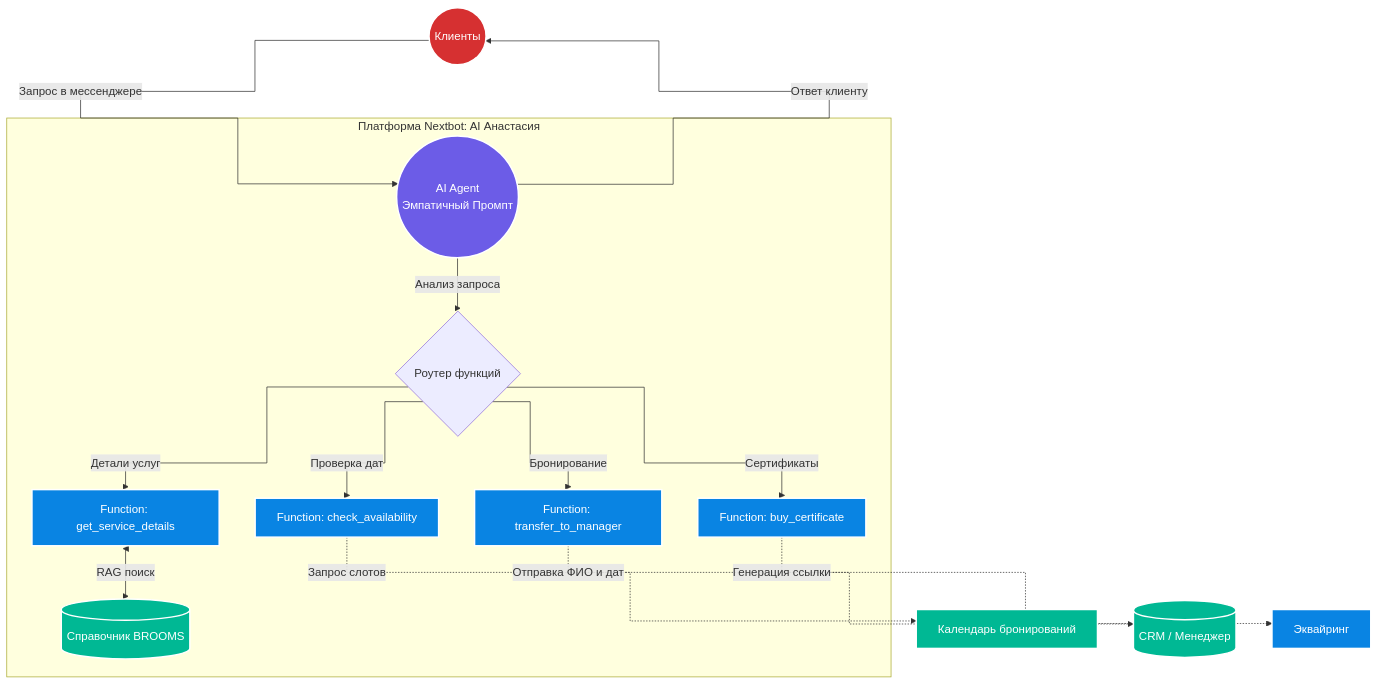
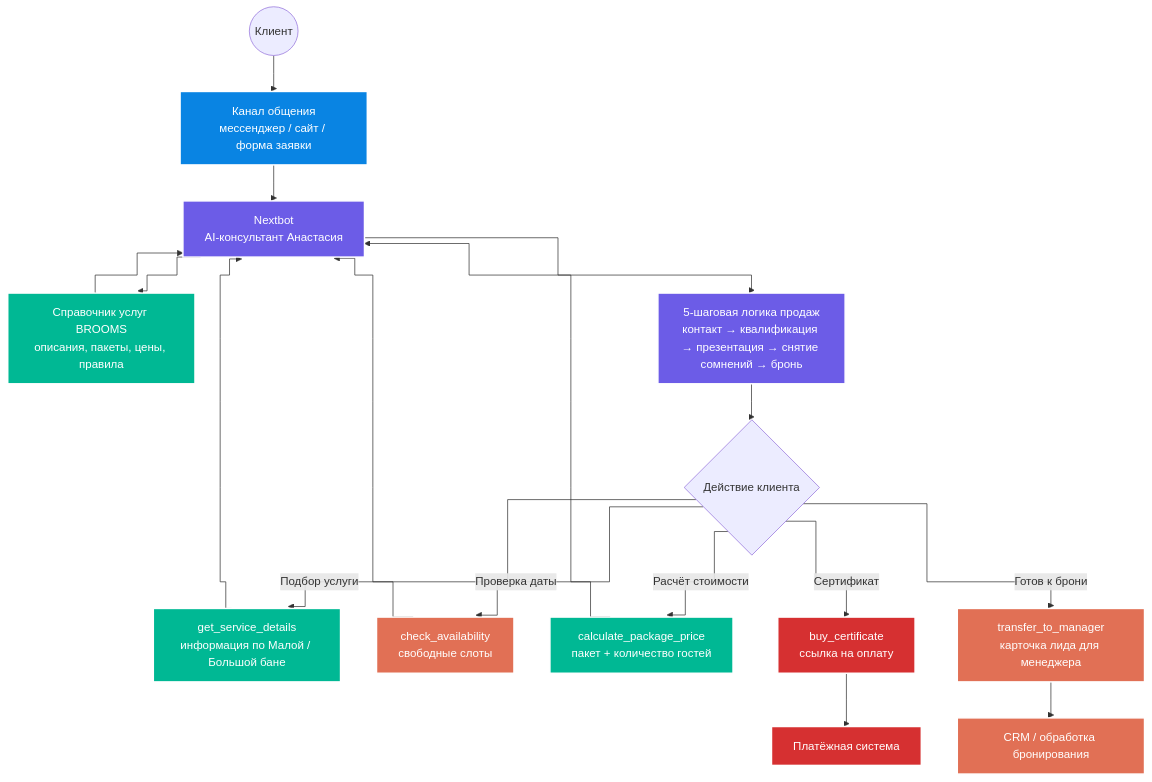
One commit to ravilpcs-spec/brooms-ai-agent changed the diagram in README.md. Above: the diagram before and after it, drawn with Mermaid. The commit also changed other lines of this file, not shown here.

````diff
--- a/README.md
+++ b/README.md
@@ -13,32 +64,32 @@
 ```mermaid
 %%{init: {"flowchart": {"curve": "step"}}}%%
 flowchart TD
-    %% Настройки стиля
+    classDef channel fill:#0984E3,stroke:#fff,stroke-width:2px,color:#fff;
     classDef ai fill:#6C5CE7,stroke:#fff,stroke-width:2px,color:#fff;
-    classDef database fill:#00B894,stroke:#fff,stroke-width:2px,color:#fff;
-    classDef api fill:#0984E3,stroke:#fff,stroke-width:2px,color:#fff;
-    classDef client fill:#D63031,stroke:#fff,stroke-width:2px,color:#fff;
+    classDef data fill:#00B894,stroke:#fff,stroke-width:2px,color:#fff;
+    classDef crm fill:#E17055,stroke:#fff,stroke-width:2px,color:#fff;
+    classDef payment fill:#D63031,stroke:#fff,stroke-width:2px,color:#fff;
 
-    USER(("Клиенты")):::client -->|"Запрос в мессенджере"| AGENT
-    
-    subgraph "Платформа Nextbot: AI Анастасия"
-        AGENT(("AI Agent<br>Эмпатичный Промпт")):::ai
-        
-        %% Блок Function Calling
-        AGENT -->|"Анализ запроса"| SWITCH{"Роутер функций"}
-        
-        SWITCH -->|"Детали услуг"| TOOL_DETAILS["Function: get_service_details"]:::api
-        SWITCH -->|"Проверка дат"| TOOL_CALENDAR["Function: check_availability"]:::api
-        SWITCH -->|"Сертификаты"| TOOL_CERT["Function: buy_certificate"]:::api
-        SWITCH -->|"Бронирование"| TOOL_LEAD["Function: transfer_to_manager"]:::api
-        
-        TOOL_DETAILS <-->|"RAG поиск"| KB[("Справочник BROOMS")]:::database
-    end
-    
-    %% Внешние системы
-    TOOL_CALENDAR -.->|"Запрос слотов"| CALENDAR["Календарь бронирований"]:::database
-    TOOL_LEAD -.->|"Отправка ФИО и дат"| CRM[("CRM / Менеджер")]:::database
-    TOOL_CERT -.->|"Генерация ссылки"| ACQUIRING["Эквайринг"]:::api
-    
-    AGENT -->|"Ответ клиенту"| USER
+    CLIENT(("Клиент")) --> CHANNEL["Канал общения<br>мессенджер / сайт / форма заявки"]:::channel
+
+    CHANNEL --> NEXTBOT["Nextbot<br>AI-консультант Анастасия"]:::ai
+
+    NEXTBOT --> RAG["Справочник услуг BROOMS<br>описания, пакеты, цены, правила"]:::data
+    RAG --> NEXTBOT
+
+    NEXTBOT --> FUNNEL["5-шаговая логика продаж<br>контакт → квалификация → презентация → снятие сомнений → бронь"]:::ai
+
+    FUNNEL --> DECISION{"Действие клиента"}
+
+    DECISION -->|"Подбор услуги"| DETAILS["get_service_details<br>информация по Малой / Большой бане"]:::data
+    DECISION -->|"Проверка даты"| CALENDAR["check_availability<br>свободные слоты"]:::crm
+    DECISION -->|"Расчёт стоимости"| PRICE["calculate_package_price<br>пакет + количество гостей"]:::data
+    DECISION -->|"Сертификат"| CERT["buy_certificate<br>ссылка на оплату"]:::payment
+    DECISION -->|"Готов к брони"| MANAGER["transfer_to_manager<br>карточка лида для менеджера"]:::crm
+
+    DETAILS --> NEXTBOT
+    CALENDAR --> NEXTBOT
+    PRICE --> NEXTBOT
+    CERT --> PAYMENT["Платёжная система"]:::payment
+    MANAGER --> CRM["CRM / обработка бронирования"]:::crm
 ```
````
